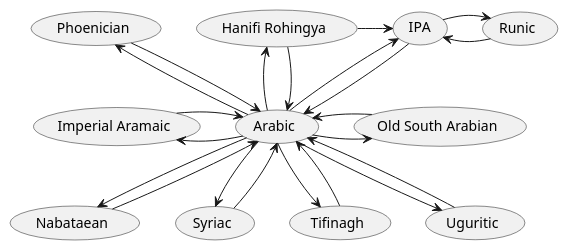
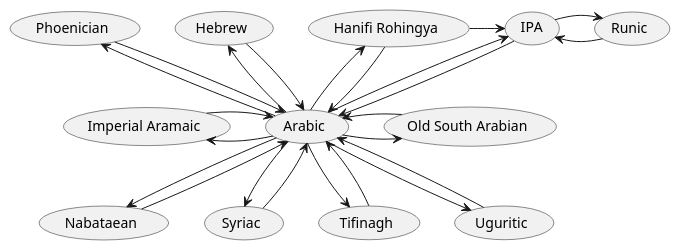
One commit to amerharb/abjad changed the diagram in packages/abjad-convert/doc/converters.puml. Above: the diagram before and after it, drawn with PlantUML. The commit also changed 38 other files, not shown here.

```diff
--- a/packages/abjad-convert/doc/converters.puml
+++ b/packages/abjad-convert/doc/converters.puml
@@ -1,26 +1,28 @@
 @startuml
 'https://plantuml.com/use-case-diagram
 
 (Arabic) -up-> (Hanifi Rohingya)
 (Arabic) <-up- (Hanifi Rohingya)
 (Arabic) -up-> (IPA)
 (Arabic) <-up- (IPA)
 (Runic) -left-> (IPA)
 (Runic) <-left- (IPA)
 (IPA) <-left- (Hanifi Rohingya)
+(Arabic) -up-> (Hebrew)
+(Arabic) <-up- (Hebrew)
 (Arabic) -up-> (Phoenician)
 (Arabic) <-up- (Phoenician)
 (Arabic) --> (Nabataean)
 (Arabic) <-- (Nabataean)
 (Arabic) -> (Old South Arabian)
 (Arabic) <- (Old South Arabian)
 (Arabic) -left-> (Imperial Aramaic)
 (Arabic) <-left- (Imperial Aramaic)
 (Arabic) --> (Syriac)
 (Arabic) <-- (Syriac)
 (Arabic) --> (Tifinagh)
 (Arabic) <-- (Tifinagh)
 (Arabic) --> (Uguritic)
 (Arabic) <-- (Uguritic)
 
 @enduml
```
